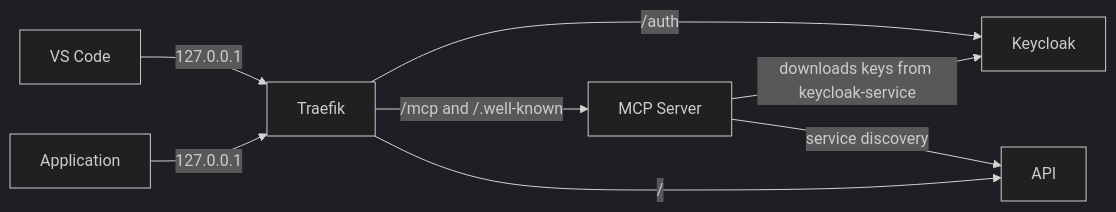
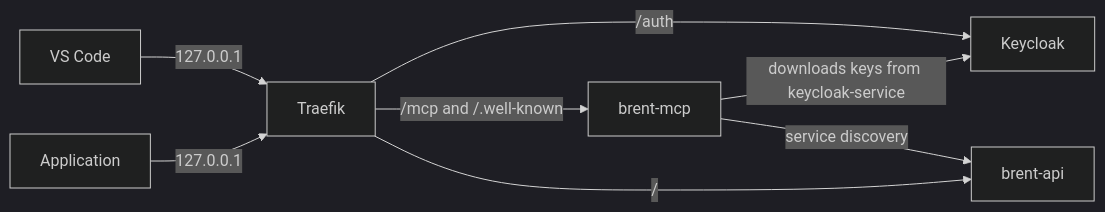
The diagram in _diagrams/src/05-keycloak-lab.mmd (MookieFumi/mookiefumi.github.io), drawn with Mermaid (dark theme) before and after one commit. The commit also changed 5 other files, not shown here.

First line of the commit message:
Use brent resource names across the MCP Server series

```diff
--- a/_diagrams/src/05-keycloak-lab.mmd
+++ b/_diagrams/src/05-keycloak-lab.mmd
@@ -1,8 +1,8 @@
 flowchart LR
     VS[VS Code] -->|127.0.0.1| T[Traefik]
     APP[Application] -->|127.0.0.1| T
     T -->|/auth| KC[Keycloak]
-    T -->|/mcp and /.well-known| MCP[MCP Server]
-    T -->|/| API[API]
+    T -->|/mcp and /.well-known| MCP[brent-mcp]
+    T -->|/| API[brent-api]
     MCP -->|downloads keys from keycloak-service| KC
     MCP -->|service discovery| API
```
